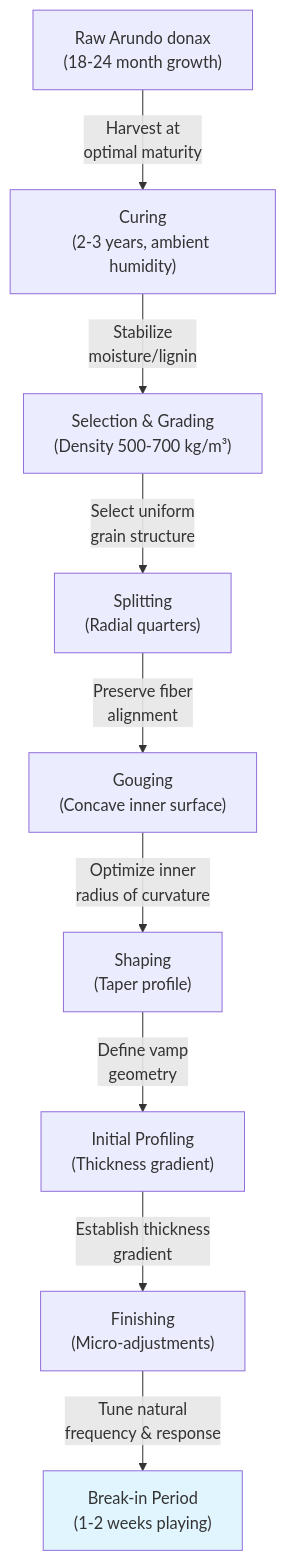
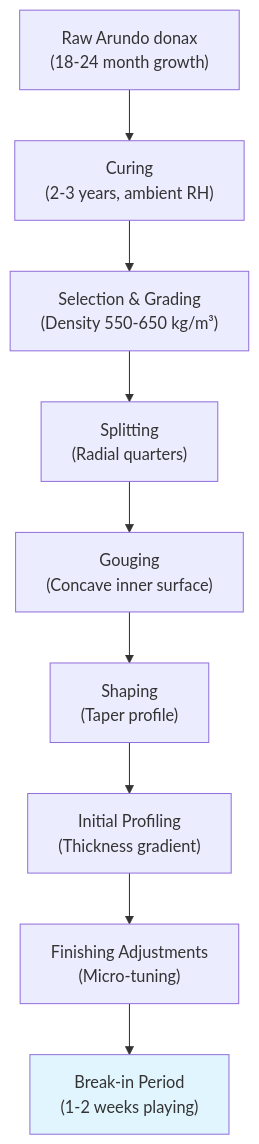
The second of 4 diagrams in topics/arts/music_performance/woodwinds/lesson_02_reed_care_and_maintenance.md (blebleblee/synapse), drawn with Mermaid before and after one commit. The commit also changed other lines of this file and 4 other files, not shown here.

````diff
--- a/topics/arts/music_performance/woodwinds/lesson_02_reed_care_and_maintenance.md
+++ b/topics/arts/music_performance/woodwinds/lesson_02_reed_care_and_maintenance.md
@@ -81,23 +78,16 @@
 ```mermaid
 graph TD
     A["Raw Arundo donax<br/>(18-24 month growth)"]
-    B["Curing<br/>(2-3 years, ambient humidity)"]
-    C["Selection & Grading<br/>(Density 500-700 kg/m³)"]
+    B["Curing<br/>(2-3 years, ambient RH)"]
+    C["Selection & Grading<br/>(Density 550-650 kg/m³)"]
     D["Splitting<br/>(Radial quarters)"]
     E["Gouging<br/>(Concave inner surface)"]
     F["Shaping<br/>(Taper profile)"]
     G["Initial Profiling<br/>(Thickness gradient)"]
-    H["Finishing<br/>(Micro-adjustments)"]
+    H["Finishing Adjustments<br/>(Micro-tuning)"]
     I["Break-in Period<br/>(1-2 weeks playing)"]
     
-    A -->|"Harvest at<br/>optimal maturity"| B
-    B -->|"Stabilize<br/>moisture/lignin"| C
-    C -->|"Select uniform<br/>grain structure"| D
-    D -->|"Preserve fiber<br/>alignment"| E
-    E -->|"Optimize inner<br/>radius of curvature"| F
-    F -->|"Define vamp<br/>geometry"| G
-    G -->|"Establish thickness<br/>gradient"| H
-    H -->|"Tune natural<br/>frequency & response"| I
+    A --> B --> C --> D --> E --> F --> G --> H --> I
     
     style I fill:#e1f5ff
 ```
````
